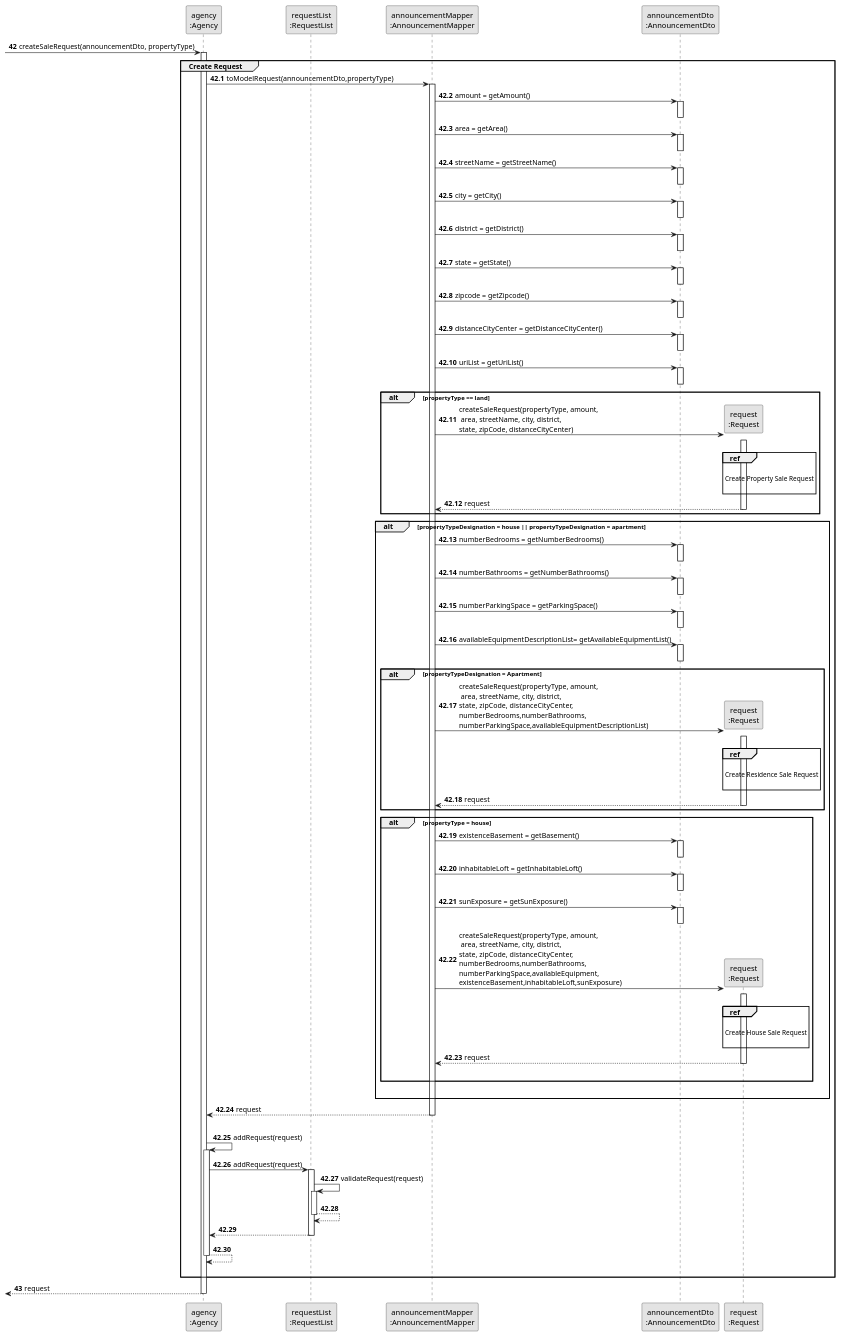
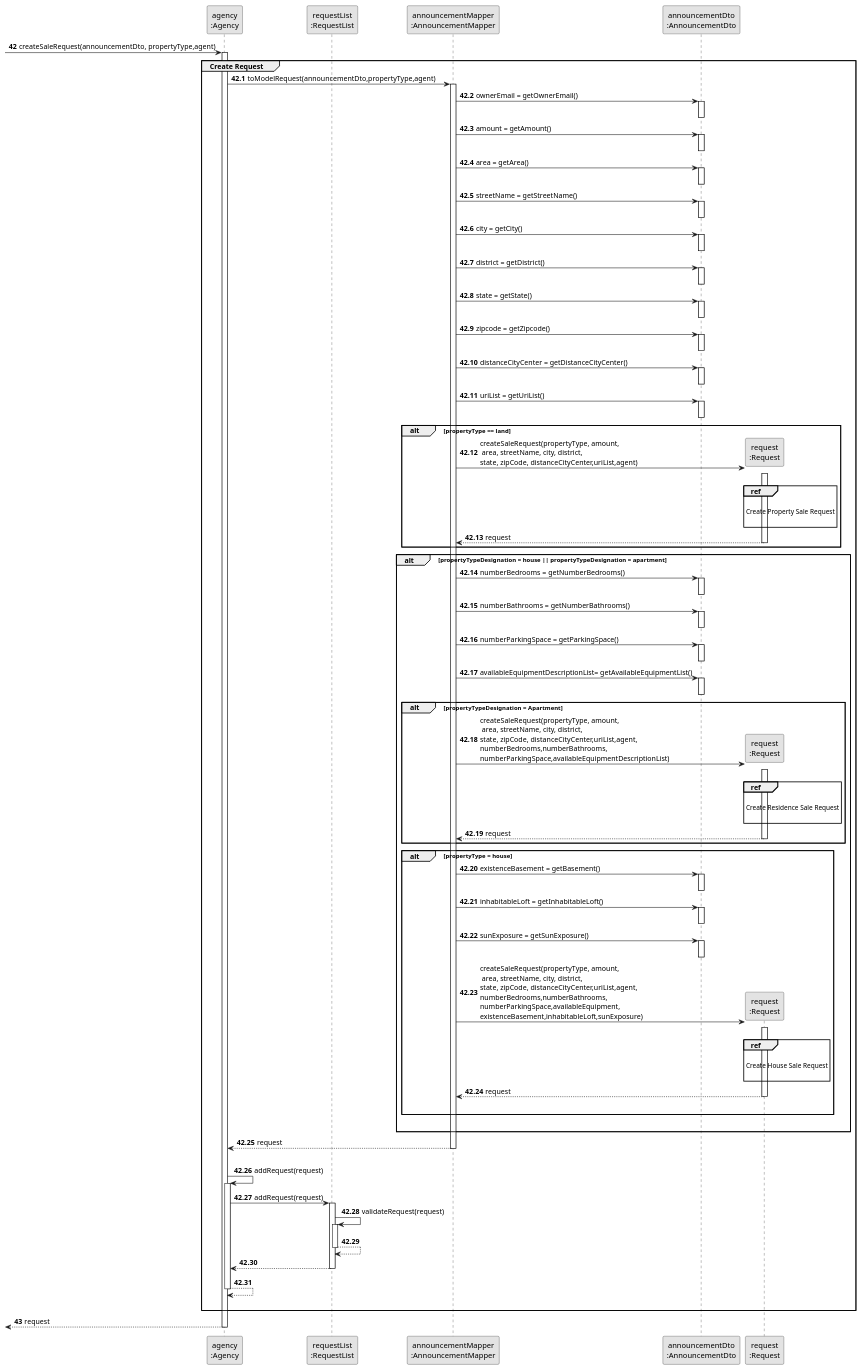
The diagram in docs/sprintD/us002/03.design/puml/us002-sequence-diagram-partial-create-sale-request.puml (rita-barbosa/LAPR2-2223), drawn with PlantUML before and after one commit. The commit also changed 2 other files, not shown here.

Commit message:
Update sequence diagram [US002][Design]

```diff
--- a/docs/sprintD/us002/03.design/puml/us002-sequence-diagram-partial-create-sale-request.puml
+++ b/docs/sprintD/us002/03.design/puml/us002-sequence-diagram-partial-create-sale-request.puml
@@ -1,169 +1,173 @@
 @startuml
 skinparam monochrome true
 skinparam packageStyle rectangle
 skinparam shadowing false
 
 participant "agency\n:Agency" as AGENCY
 participant "requestList\n:RequestList" as REPLIST
 participant "announcementMapper\n:AnnouncementMapper" as MAPPER
 participant "announcementDto\n:AnnouncementDto" as DTO
 participant "request\n:Request" as REQUEST
 
 
 
 autonumber 42
 
-        -> AGENCY: createSaleRequest(announcementDto, propertyType)
+        -> AGENCY: createSaleRequest(announcementDto, propertyType,agent)
          activate AGENCY
 
 autonumber 42.1
 
     group Create Request
 
-        AGENCY -> MAPPER: toModelRequest(announcementDto,propertyType)
+        AGENCY -> MAPPER: toModelRequest(announcementDto,propertyType,agent)
         activate MAPPER
+
+       MAPPER -> DTO : ownerEmail = getOwnerEmail()
+      activate DTO
+      deactivate DTO
 
         MAPPER -> DTO : amount = getAmount()
         activate DTO
         deactivate DTO
 
         MAPPER -> DTO : area = getArea()
         activate DTO
         deactivate DTO
 
         MAPPER -> DTO : streetName = getStreetName()
         activate DTO
         deactivate DTO
 
         MAPPER -> DTO : city = getCity()
         activate DTO
         deactivate DTO
 
         MAPPER -> DTO : district = getDistrict()
         activate DTO
         deactivate DTO
 
         MAPPER -> DTO : state = getState()
         activate DTO
         deactivate DTO
 
         MAPPER -> DTO : zipcode = getZipcode()
         activate DTO
         deactivate DTO
 
         MAPPER -> DTO : distanceCityCenter = getDistanceCityCenter()
         activate DTO
         deactivate DTO
 
         MAPPER -> DTO: uriList = getUriList()
         activate DTO
         deactivate DTO
         alt propertyType == land
 
-        MAPPER -> REQUEST **: createSaleRequest(propertyType, amount,\n area, streetName, city, district,\nstate, zipCode, distanceCityCenter)
+        MAPPER -> REQUEST **: createSaleRequest(propertyType, amount,\n area, streetName, city, district,\nstate, zipCode, distanceCityCenter,uriList,agent)
         activate REQUEST
             |||
            ref over REQUEST
 
                 Create Property Sale Request
 
            end ref
 
         REQUEST --> MAPPER : request
         deactivate REQUEST
         end alt
 
         alt propertyTypeDesignation = house || propertyTypeDesignation = apartment
 
             MAPPER -> DTO : numberBedrooms = getNumberBedrooms()
             activate DTO
             deactivate DTO
 
             MAPPER -> DTO : numberBathrooms = getNumberBathrooms()
             activate DTO
             deactivate DTO
 
             MAPPER -> DTO : numberParkingSpace = getParkingSpace()
             activate DTO
             deactivate DTO
 
             MAPPER -> DTO : availableEquipmentDescriptionList= getAvailableEquipmentList()
             activate DTO
             deactivate DTO
 
 
                 alt propertyTypeDesignation = Apartment
-            MAPPER -> REQUEST **: createSaleRequest(propertyType, amount,\n area, streetName, city, district,\nstate, zipCode, distanceCityCenter,\nnumberBedrooms,numberBathrooms,\nnumberParkingSpace,availableEquipmentDescriptionList)
+            MAPPER -> REQUEST **: createSaleRequest(propertyType, amount,\n area, streetName, city, district,\nstate, zipCode, distanceCityCenter,uriList,agent,\nnumberBedrooms,numberBathrooms,\nnumberParkingSpace,availableEquipmentDescriptionList)
             activate REQUEST
 
                   |||
                   ref over REQUEST
 
                        Create Residence Sale Request
 
                   end ref
 
 
             REQUEST --> MAPPER : request
             deactivate REQUEST
         end alt
 
         alt propertyType = house
 
             MAPPER -> DTO : existenceBasement = getBasement()
             activate DTO
             deactivate DTO
 
             MAPPER -> DTO : inhabitableLoft = getInhabitableLoft()
             activate DTO
             deactivate DTO
 
             MAPPER -> DTO : sunExposure = getSunExposure()
             activate DTO
             deactivate DTO
 
-             MAPPER -> REQUEST **: createSaleRequest(propertyType, amount,\n area, streetName, city, district,\nstate, zipCode, distanceCityCenter,\nnumberBedrooms,numberBathrooms,\nnumberParkingSpace,availableEquipment,\nexistenceBasement,inhabitableLoft,sunExposure)
+             MAPPER -> REQUEST **: createSaleRequest(propertyType, amount,\n area, streetName, city, district,\nstate, zipCode, distanceCityCenter,uriList,agent,\nnumberBedrooms,numberBathrooms,\nnumberParkingSpace,availableEquipment,\nexistenceBasement,inhabitableLoft,sunExposure)
              activate REQUEST
 
                   |||
                   ref over REQUEST
 
                        Create House Sale Request
 
                   end ref
 
             REQUEST --> MAPPER : request
             deactivate REQUEST
              |||
              end alt
 
             |||
              end alt
             MAPPER --> AGENCY: request
             deactivate MAPPER
             |||
             AGENCY -> AGENCY: addRequest(request)
             activate AGENCY
 
             AGENCY -> REPLIST : addRequest(request)
             activate REPLIST
 
                 REPLIST -> REPLIST: validateRequest(request)
                 activate REPLIST
                 REPLIST --> REPLIST
                 deactivate REPLIST
 
             REPLIST --> AGENCY
             deactivate REPLIST
 
             AGENCY --> AGENCY
             deactivate AGENCY
     |||
     end
 
 autonumber 43
         <-- AGENCY: request
         deactivate AGENCY
 
 
 @enduml
```
